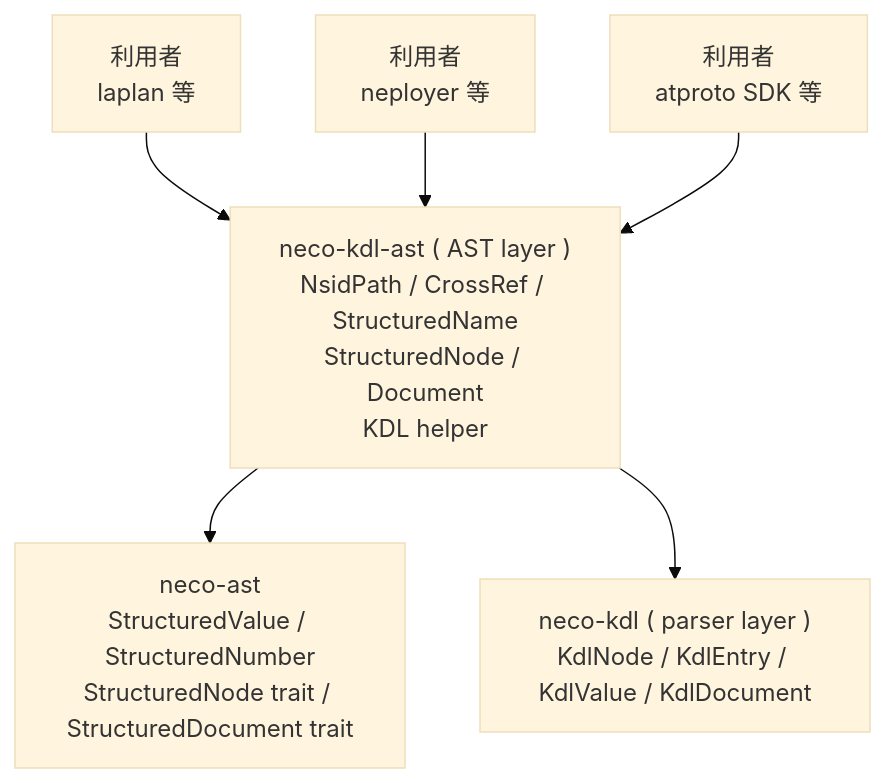
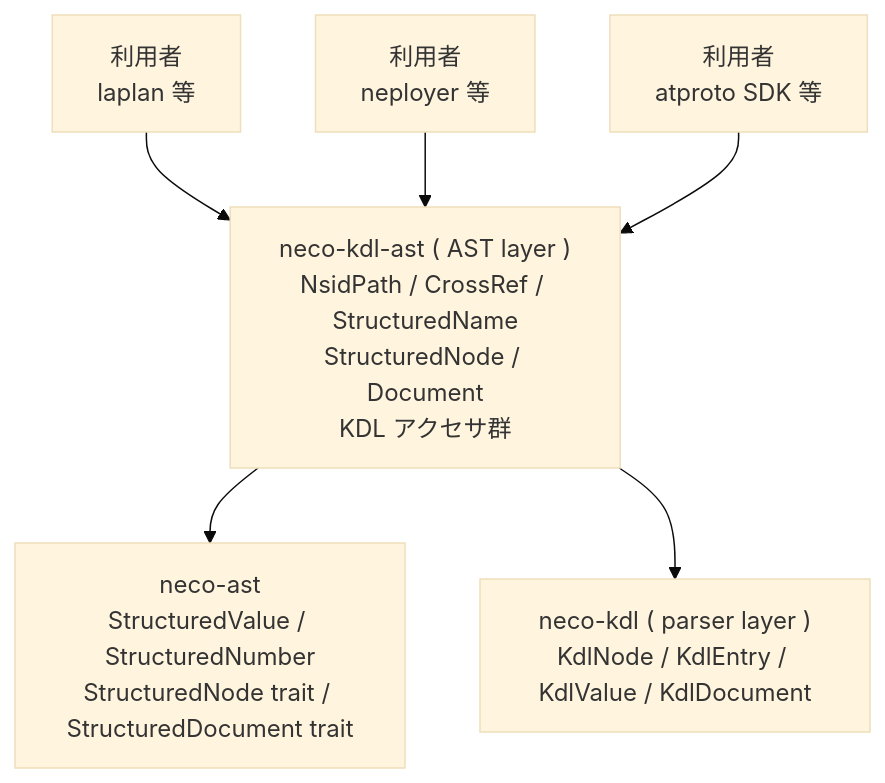
Before and after one commit to barineco/neco-parser: the diagram in neco-kdl-ast/docs/architecture/overview.md, drawn with Mermaid (base theme). The commit also changed other lines of this file and 10 other files, not shown here.

Commit message:
feat: kdl-ast 文書の表記揺れを Convention で揃える API

````diff
--- a/neco-kdl-ast/docs/architecture/overview.md
+++ b/neco-kdl-ast/docs/architecture/overview.md
@@ -5,14 +5,14 @@
 ```mermaid
 graph TD
     C1[利用者<br/>laplan 等]
     C2[利用者<br/>neployer 等]
     C3[利用者<br/>atproto SDK 等]
     CORE["neco-ast<br/>StructuredValue / StructuredNumber<br/>StructuredNode trait / StructuredDocument trait"]
-    AST["neco-kdl-ast ( AST layer )<br/>NsidPath / CrossRef / StructuredName<br/>StructuredNode / Document<br/>KDL helper"]
+    AST["neco-kdl-ast ( AST layer )<br/>NsidPath / CrossRef / StructuredName<br/>StructuredNode / Document<br/>KDL アクセサ群"]
     PAR["neco-kdl ( parser layer )<br/>KdlNode / KdlEntry / KdlValue / KdlDocument"]
     C1 --> AST
     C2 --> AST
     C3 --> AST
     AST --> CORE
     AST --> PAR
 ```
````
